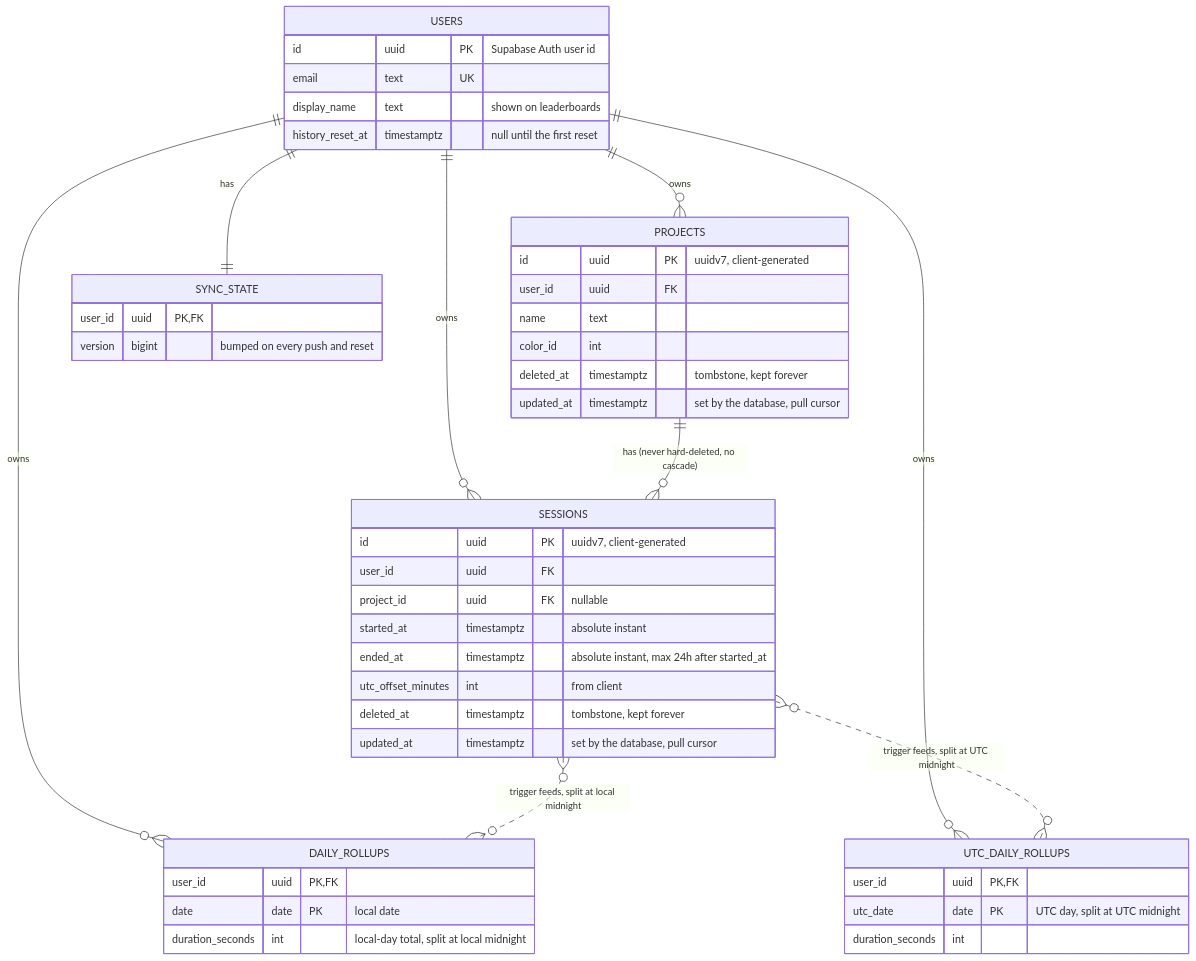
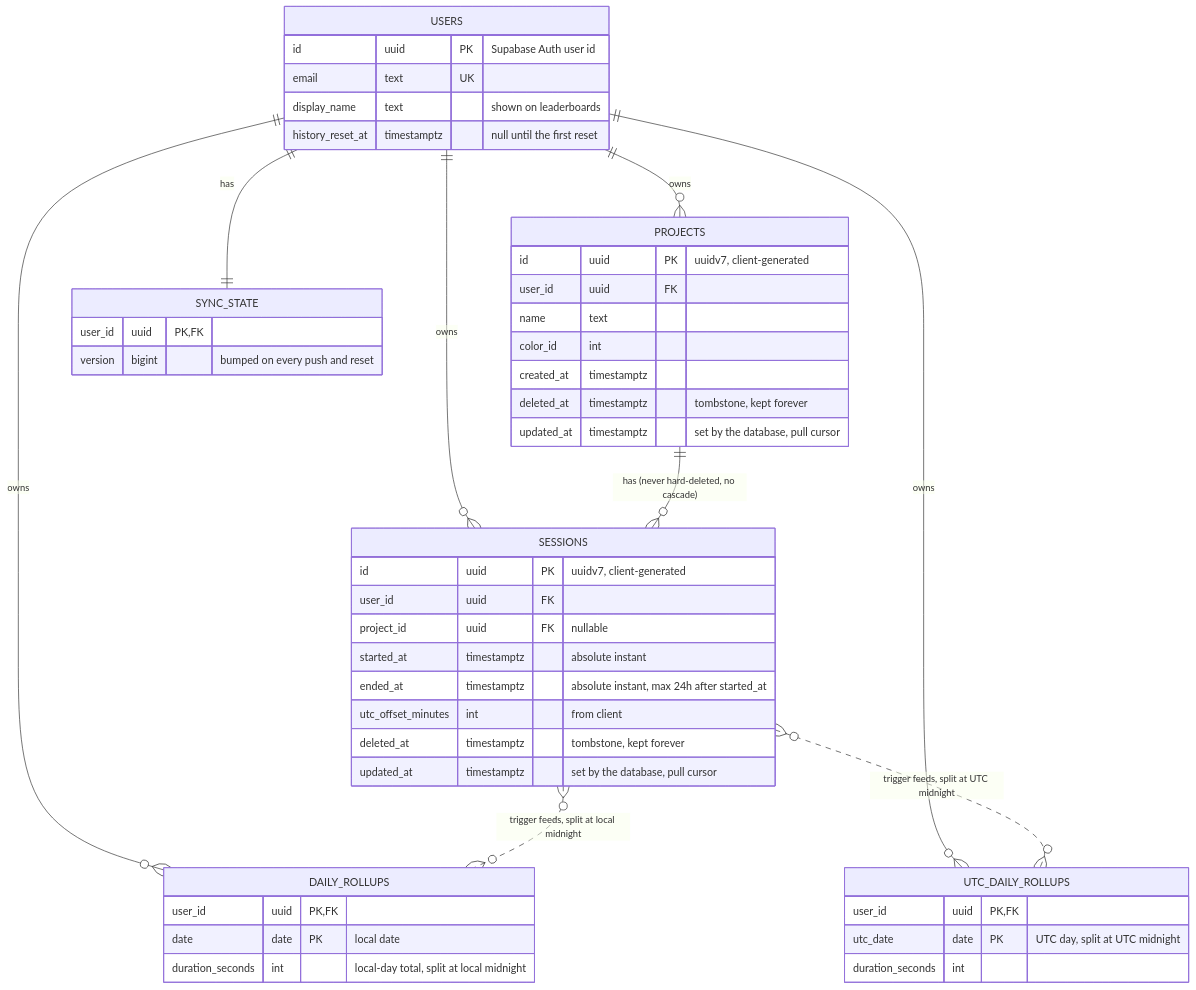
The third of 3 diagrams in README.md (sardaar-niamotullah/tarkeez), drawn with Mermaid before and after one commit. The commit also changed other lines of this file, not shown here.

````diff
--- a/README.md
+++ b/README.md
@@ -376,50 +377,51 @@
 ```mermaid
 erDiagram
   USERS ||--o{ PROJECTS : owns
   USERS ||--o{ SESSIONS : owns
   USERS ||--o{ DAILY_ROLLUPS : owns
   USERS ||--o{ UTC_DAILY_ROLLUPS : owns
   USERS ||--|| SYNC_STATE : has
   PROJECTS ||--o{ SESSIONS : "has (never hard-deleted, no cascade)"
   SESSIONS }o..o{ DAILY_ROLLUPS : "trigger feeds, split at local midnight"
   SESSIONS }o..o{ UTC_DAILY_ROLLUPS : "trigger feeds, split at UTC midnight"
 
   USERS {
     id uuid PK "Supabase Auth user id"
     email text UK
     display_name text "shown on leaderboards"
     history_reset_at timestamptz "null until the first reset"
   }
   PROJECTS {
     id uuid PK "uuidv7, client-generated"
     user_id uuid FK
     name text
     color_id int
+    created_at timestamptz
     deleted_at timestamptz "tombstone, kept forever"
     updated_at timestamptz "set by the database, pull cursor"
   }
   SESSIONS {
     id uuid PK "uuidv7, client-generated"
     user_id uuid FK
     project_id uuid FK "nullable"
     started_at timestamptz "absolute instant"
     ended_at timestamptz "absolute instant, max 24h after started_at"
     utc_offset_minutes int "from client"
     deleted_at timestamptz "tombstone, kept forever"
     updated_at timestamptz "set by the database, pull cursor"
   }
   DAILY_ROLLUPS {
     user_id uuid PK, FK
     date date PK "local date"
     duration_seconds int "local-day total, split at local midnight"
   }
   UTC_DAILY_ROLLUPS {
     user_id uuid PK, FK
     utc_date date PK "UTC day, split at UTC midnight"
     duration_seconds int
   }
   SYNC_STATE {
     user_id uuid PK, FK
     version bigint "bumped on every push and reset"
   }
 ```
````
